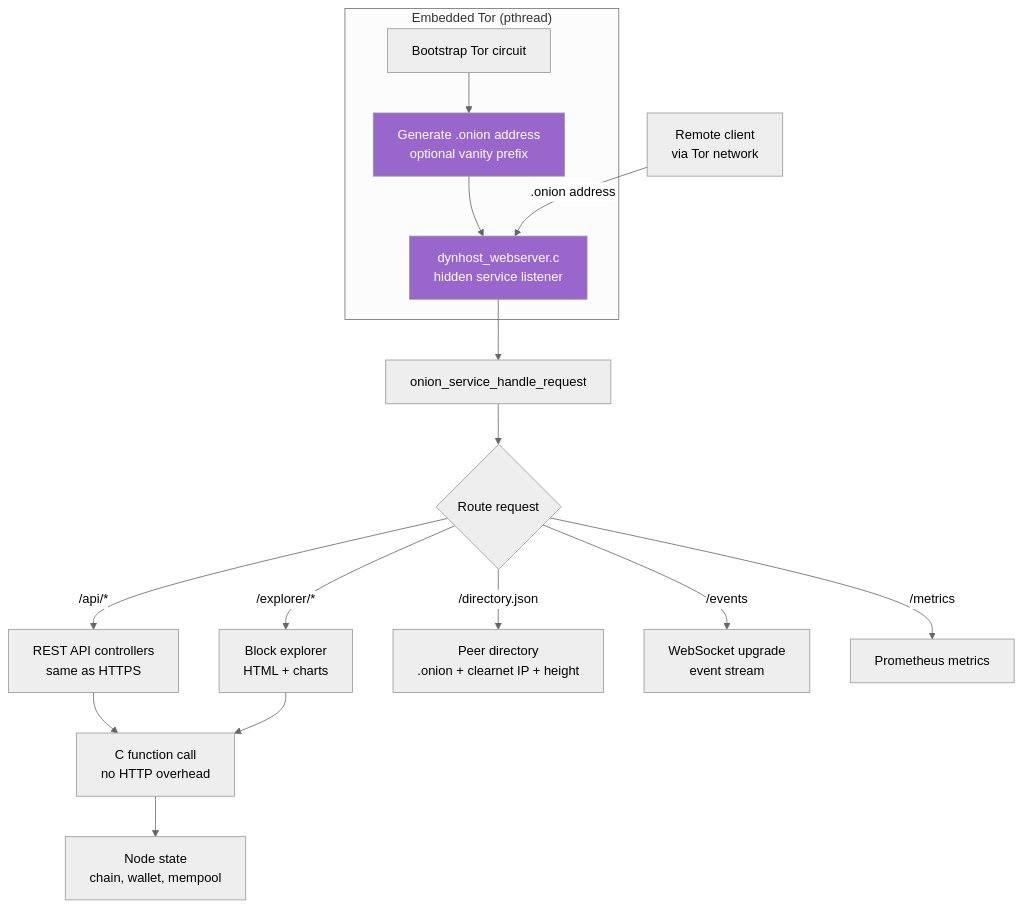
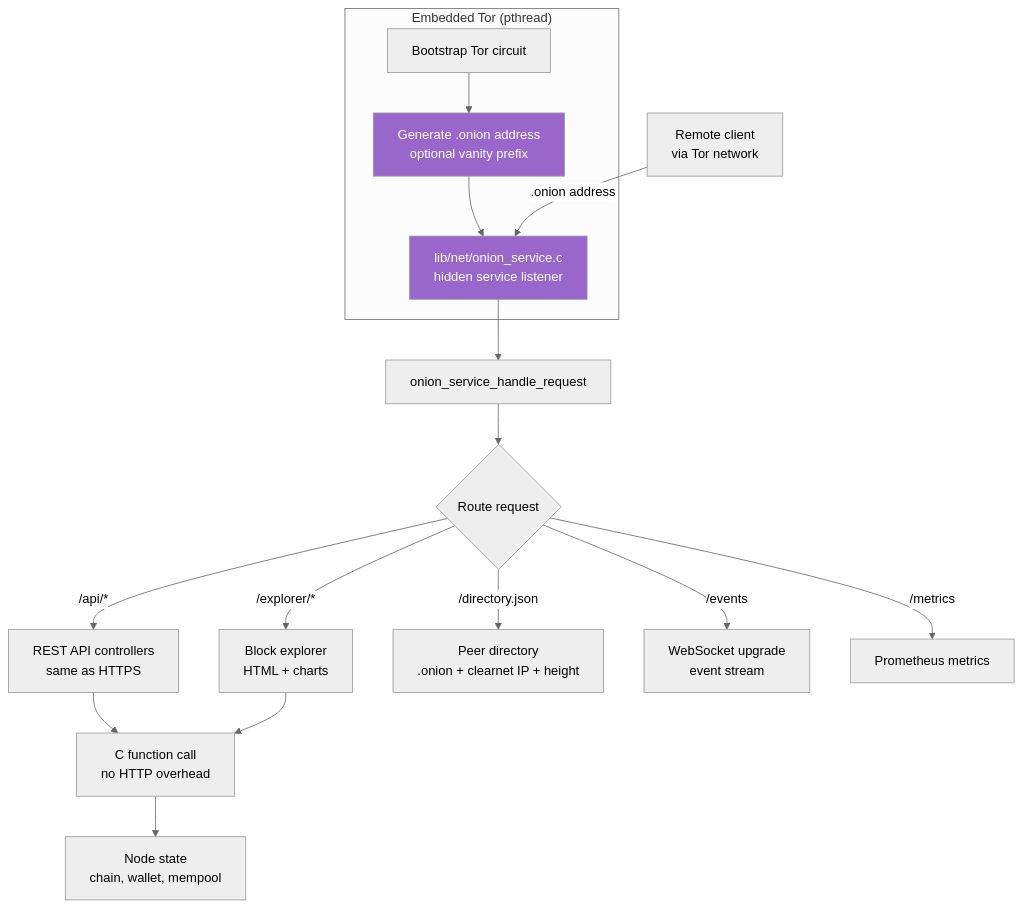
The sixth of 6 diagrams in docs/ARCHITECTURE_DIAGRAMS.md (VictorLux/zclassic-1), drawn with Mermaid (neutral theme) before and after one commit. The commit also changed 33 other files, not shown here.

````diff
--- a/docs/ARCHITECTURE_DIAGRAMS.md
+++ b/docs/ARCHITECTURE_DIAGRAMS.md
@@ -304,25 +304,25 @@
 ```mermaid
 flowchart TD
     subgraph Tor["Embedded Tor (pthread)"]
         TOR_BOOT[Bootstrap Tor circuit] --> ONION_GEN[Generate .onion address<br/>optional vanity prefix]
-        ONION_GEN --> DYNHOST[dynhost_webserver.c<br/>hidden service listener]
+        ONION_GEN --> DYNHOST[lib/net/onion_service.c<br/>hidden service listener]
     end
 
     REMOTE[Remote client<br/>via Tor network] -->|.onion address| DYNHOST
 
     DYNHOST --> HANDLE[onion_service_handle_request]
     HANDLE --> ROUTE_HTTP{Route request}
 
     ROUTE_HTTP -->|/api/*| REST[REST API controllers<br/>same as HTTPS]
     ROUTE_HTTP -->|/explorer/*| EXPLORER[Block explorer<br/>HTML + charts]
     ROUTE_HTTP -->|/directory.json| DIRECTORY[Peer directory<br/>.onion + clearnet IP + height]
     ROUTE_HTTP -->|/events| WS[WebSocket upgrade<br/>event stream]
     ROUTE_HTTP -->|/metrics| METRICS[Prometheus metrics]
 
     REST --> CONTROLLERS[C function call<br/>no HTTP overhead]
     EXPLORER --> CONTROLLERS
     CONTROLLERS --> NODE[Node state<br/>chain, wallet, mempool]
 
     style DYNHOST fill:#9966cc,color:#fff
     style ONION_GEN fill:#9966cc,color:#fff
 ```
````
